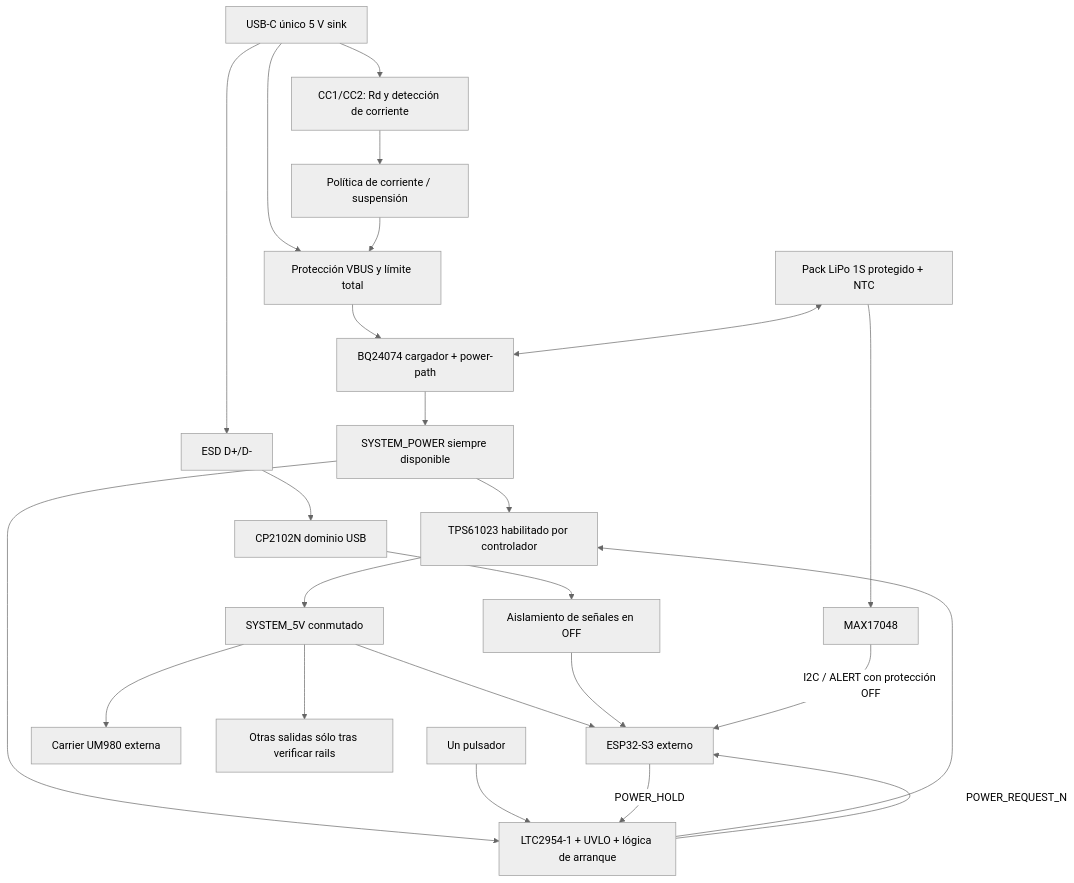
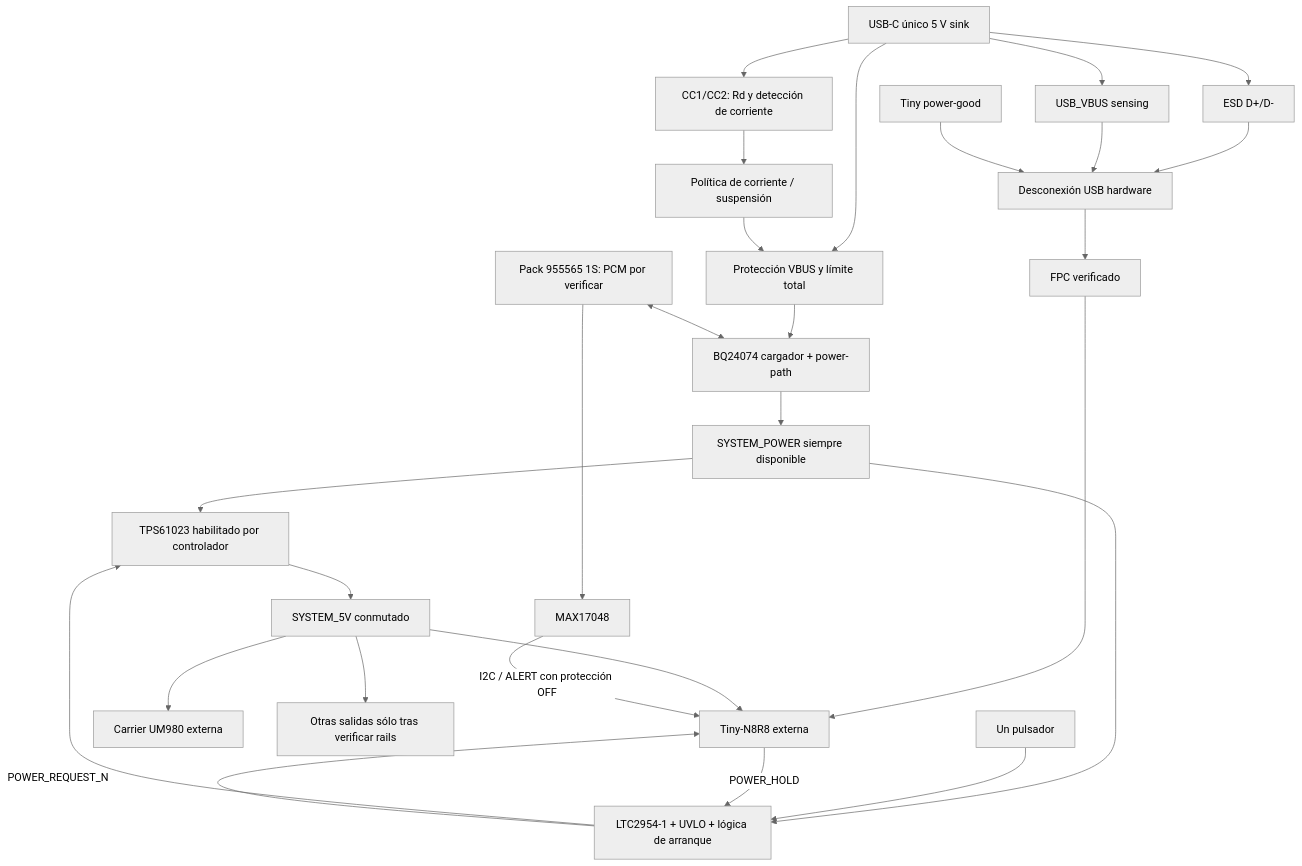
Before and after one commit to cadaritre/TresVizoRTK: the diagram in hardware/power-board/ARCHITECTURE.md, drawn with Mermaid (neutral theme). The commit also changed other lines of this file and 36 other files, not shown here.

````diff
--- a/hardware/power-board/ARCHITECTURE.md
+++ b/hardware/power-board/ARCHITECTURE.md
@@ -5,26 +5,29 @@
 ```mermaid
 flowchart TD
   USB[USB-C único 5 V sink] --> PROT[Protección VBUS y límite total]
   USB --> DATA[ESD D+/D-]
-  DATA --> UART[CP2102N dominio USB]
+  DATA --> USBSW[Desconexión USB hardware]
+  USBSW --> FPC[FPC verificado]
+  FPC --> ESP
+  USB --> SENSE[USB_VBUS sensing]
+  SENSE --> USBSW
+  PG[Tiny power-good] --> USBSW
   USB --> CC[CC1/CC2: Rd y detección de corriente]
   CC --> LIMIT[Política de corriente / suspensión]
   LIMIT --> PROT
   PROT --> CHG[BQ24074 cargador + power-path]
-  BAT[Pack LiPo 1S protegido + NTC] <--> CHG
+  BAT[Pack 955565 1S: PCM por verificar] <--> CHG
   CHG --> SYS[SYSTEM_POWER siempre disponible]
   SYS --> BOOST[TPS61023 habilitado por controlador]
   BOOST --> V5[SYSTEM_5V conmutado]
-  V5 --> ESP[ESP32-S3 externo]
+  V5 --> ESP[Tiny-N8R8 externa]
   V5 --> GNSS[Carrier UM980 externa]
   V5 --> OPT[Otras salidas sólo tras verificar rails]
   SYS --> CTRL[LTC2954-1 + UVLO + lógica de arranque]
   BUTTON[Un pulsador] --> CTRL
   CTRL --> BOOST
   CTRL -->|POWER_REQUEST_N| ESP
   ESP -->|POWER_HOLD| CTRL
-  UART --> ISO[Aislamiento de señales en OFF]
-  ISO --> ESP
   BAT --> GAUGE[MAX17048]
   GAUGE -->|I2C / ALERT con protección OFF| ESP
 ```
````
